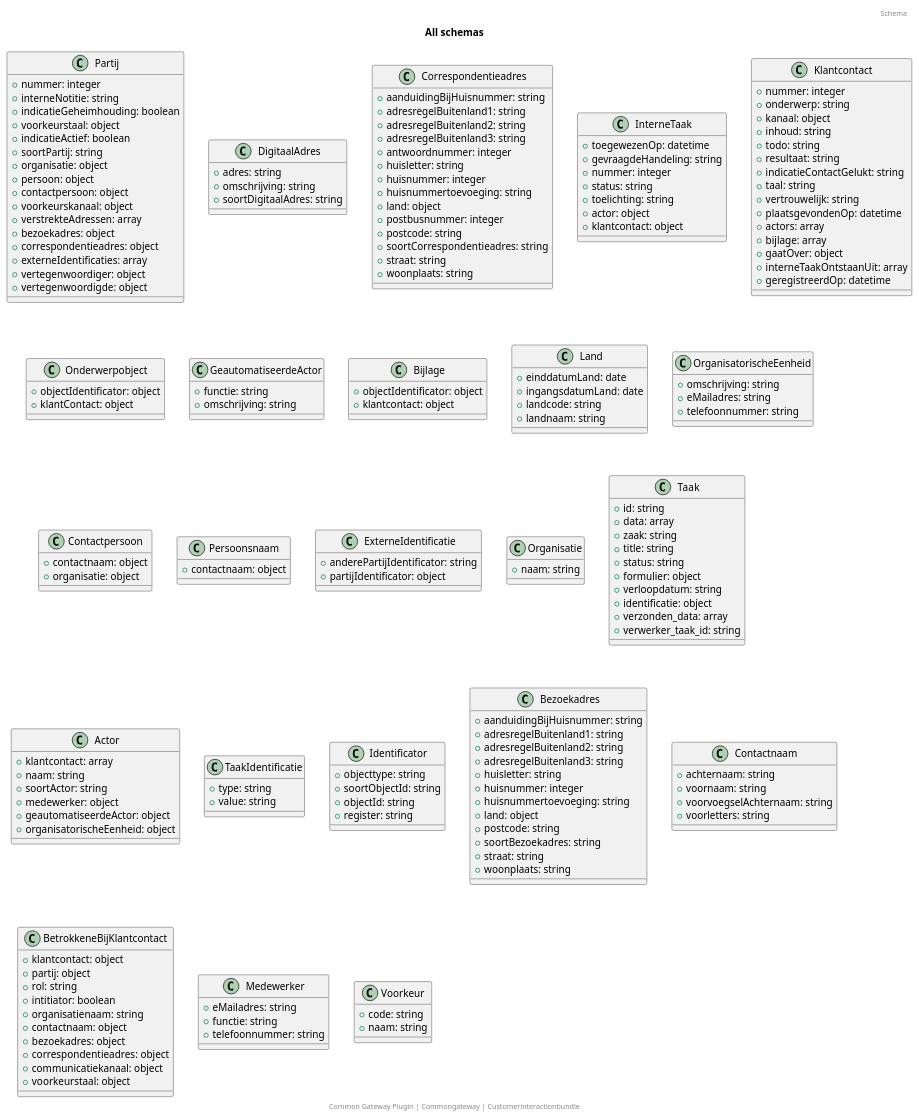
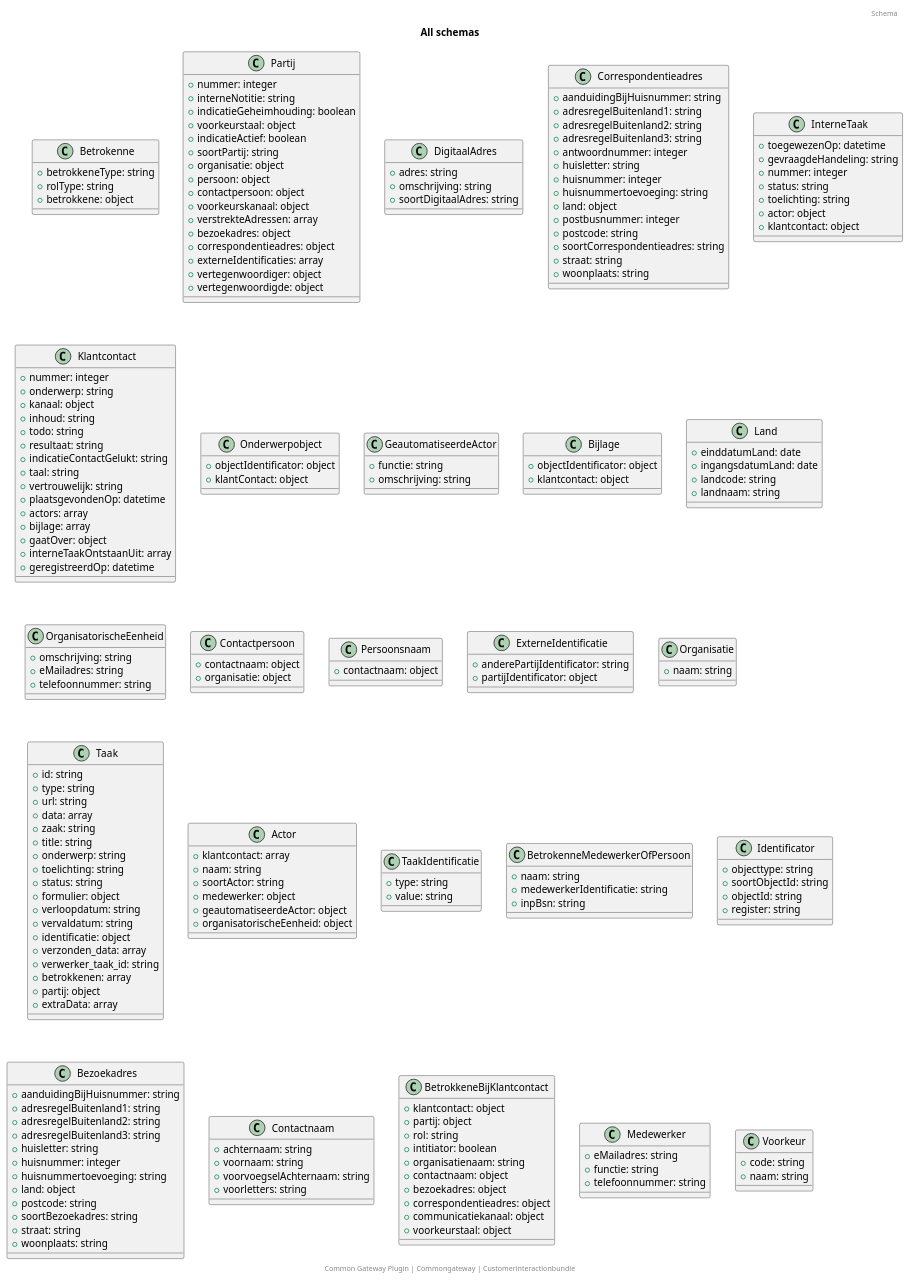
The diagram in docs/schema/all_schema_classes.puml (CommonGateway/CustomerInteractionBundle), drawn with PlantUML before and after one commit. The commit also changed 29 other files, not shown here.

```diff
--- a/docs/schema/all_schema_classes.puml
+++ b/docs/schema/all_schema_classes.puml
@@ -1,178 +1,196 @@
 @startuml
 title: All schemas
 footer: Common Gateway Plugin | Commongateway | Customerinteractionbundle 
 header: Schema
+class Betrokenne {
+  + betrokkeneType: string
+  + rolType: string
+  + betrokkene: object
+}
 class Partij {
   + nummer: integer
   + interneNotitie: string
   + indicatieGeheimhouding: boolean
   + voorkeurstaal: object
   + indicatieActief: boolean
   + soortPartij: string
   + organisatie: object
   + persoon: object
   + contactpersoon: object
   + voorkeurskanaal: object
   + verstrekteAdressen: array
   + bezoekadres: object
   + correspondentieadres: object
   + externeIdentificaties: array
   + vertegenwoordiger: object
   + vertegenwoordigde: object
 }
 class DigitaalAdres {
   + adres: string
   + omschrijving: string
   + soortDigitaalAdres: string
 }
 class Correspondentieadres {
   + aanduidingBijHuisnummer: string
   + adresregelBuitenland1: string
   + adresregelBuitenland2: string
   + adresregelBuitenland3: string
   + antwoordnummer: integer
   + huisletter: string
   + huisnummer: integer
   + huisnummertoevoeging: string
   + land: object
   + postbusnummer: integer
   + postcode: string
   + soortCorrespondentieadres: string
   + straat: string
   + woonplaats: string
 }
 class InterneTaak {
   + toegewezenOp: datetime
   + gevraagdeHandeling: string
   + nummer: integer
   + status: string
   + toelichting: string
   + actor: object
   + klantcontact: object
 }
 class Klantcontact {
   + nummer: integer
   + onderwerp: string
   + kanaal: object
   + inhoud: string
   + todo: string
   + resultaat: string
   + indicatieContactGelukt: string
   + taal: string
   + vertrouwelijk: string
   + plaatsgevondenOp: datetime
   + actors: array
   + bijlage: array
   + gaatOver: object
   + interneTaakOntstaanUit: array
   + geregistreerdOp: datetime
 }
 class Onderwerpobject {
   + objectIdentificator: object
   + klantContact: object
 }
 class GeautomatiseerdeActor {
   + functie: string
   + omschrijving: string
 }
 class Bijlage {
   + objectIdentificator: object
   + klantcontact: object
 }
 class Land {
   + einddatumLand: date
   + ingangsdatumLand: date
   + landcode: string
   + landnaam: string
 }
 class OrganisatorischeEenheid {
   + omschrijving: string
   + eMailadres: string
   + telefoonnummer: string
 }
 class Contactpersoon {
   + contactnaam: object
   + organisatie: object
 }
 class Persoonsnaam {
   + contactnaam: object
 }
 class ExterneIdentificatie {
   + anderePartijIdentificator: string
   + partijIdentificator: object
 }
 class Organisatie {
   + naam: string
 }
 class Taak {
   + id: string
+  + type: string
+  + url: string
   + data: array
   + zaak: string
   + title: string
+  + onderwerp: string
+  + toelichting: string
   + status: string
   + formulier: object
   + verloopdatum: string
+  + vervaldatum: string
   + identificatie: object
   + verzonden_data: array
   + verwerker_taak_id: string
+  + betrokkenen: array
+  + partij: object
+  + extraData: array
 }
 class Actor {
   + klantcontact: array
   + naam: string
   + soortActor: string
   + medewerker: object
   + geautomatiseerdeActor: object
   + organisatorischeEenheid: object
 }
 class TaakIdentificatie {
   + type: string
   + value: string
+}
+class BetrokenneMedewerkerOfPersoon {
+  + naam: string
+  + medewerkerIdentificatie: string
+  + inpBsn: string
 }
 class Identificator {
   + objecttype: string
   + soortObjectId: string
   + objectId: string
   + register: string
 }
 class Bezoekadres {
   + aanduidingBijHuisnummer: string
   + adresregelBuitenland1: string
   + adresregelBuitenland2: string
   + adresregelBuitenland3: string
   + huisletter: string
   + huisnummer: integer
   + huisnummertoevoeging: string
   + land: object
   + postcode: string
   + soortBezoekadres: string
   + straat: string
   + woonplaats: string
 }
 class Contactnaam {
   + achternaam: string
   + voornaam: string
   + voorvoegselAchternaam: string
   + voorletters: string
 }
 class BetrokkeneBijKlantcontact {
   + klantcontact: object
   + partij: object
   + rol: string
   + intitiator: boolean
   + organisatienaam: string
   + contactnaam: object
   + bezoekadres: object
   + correspondentieadres: object
   + communicatiekanaal: object
   + voorkeurstaal: object
 }
 class Medewerker {
   + eMailadres: string
   + functie: string
   + telefoonnummer: string
 }
 class Voorkeur {
   + code: string
   + naam: string
 }
 @enduml
```
